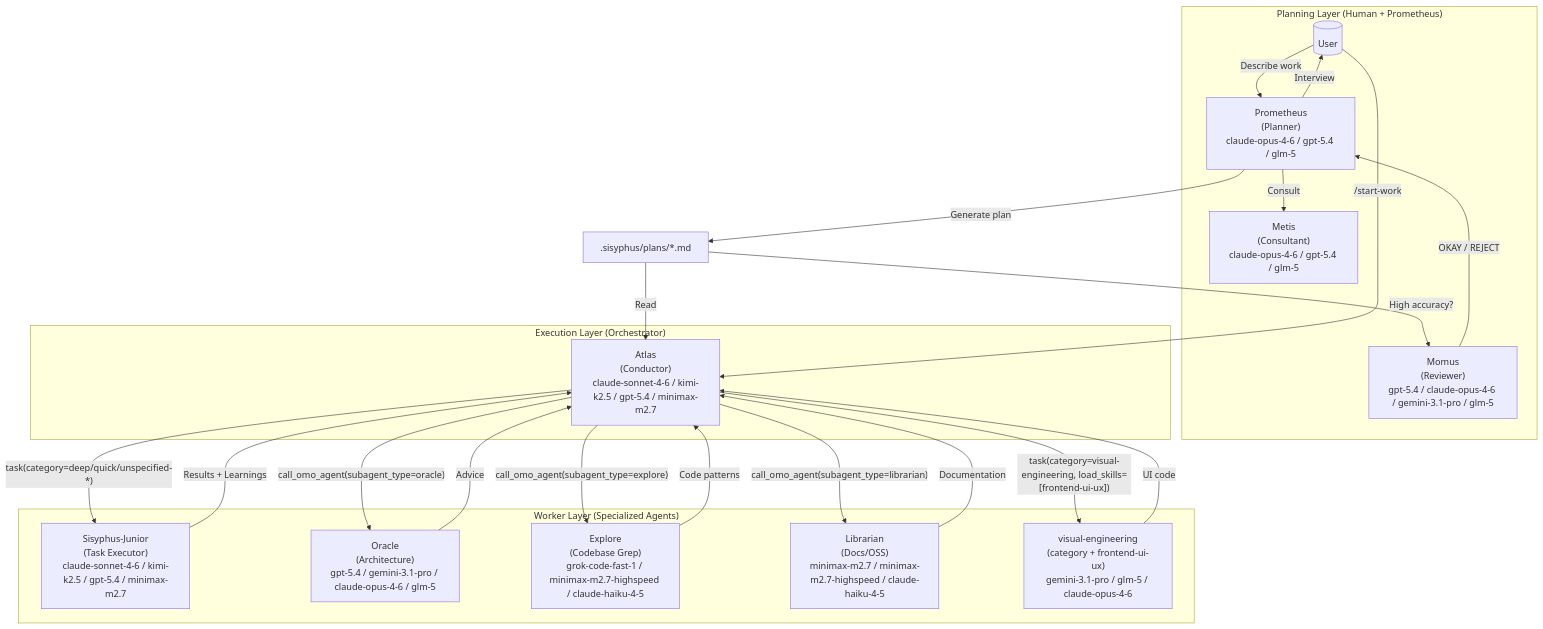
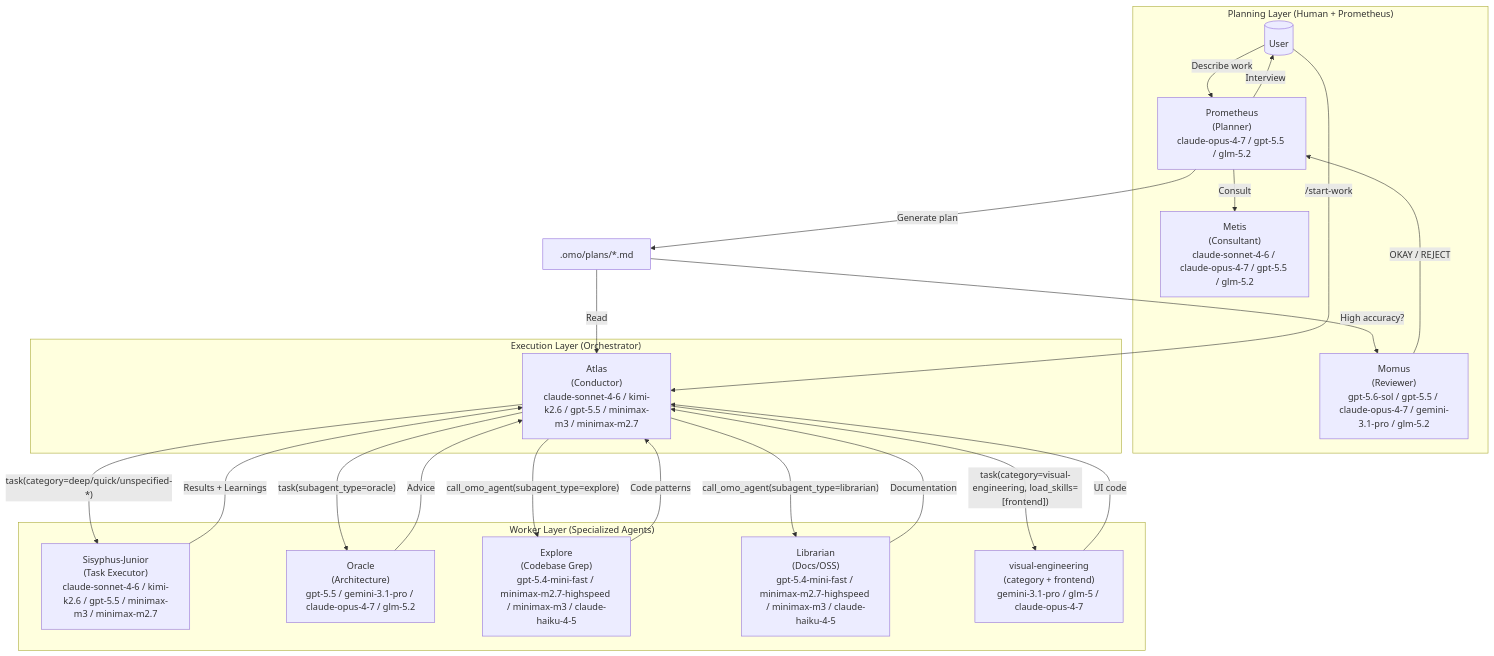
Before and after one commit to vakandi/EliaAgent: the first of 3 diagrams in setup/oh-my-openagent/docs/guide/orchestration.md, drawn with Mermaid. The commit also changed other lines of this file and 6285 other files, not shown here.

````diff
--- a/setup/oh-my-openagent/docs/guide/orchestration.md
+++ b/setup/oh-my-openagent/docs/guide/orchestration.md
@@ -34,43 +34,43 @@
 ```mermaid
 flowchart TB
     subgraph Planning["Planning Layer (Human + Prometheus)"]
         User[(" User")]
-        Prometheus[" Prometheus<br/>(Planner)<br/>claude-opus-4-6 / gpt-5.4 / glm-5"]
-        Metis[" Metis<br/>(Consultant)<br/>claude-opus-4-6 / gpt-5.4 / glm-5"]
-        Momus[" Momus<br/>(Reviewer)<br/>gpt-5.4 / claude-opus-4-6 / gemini-3.1-pro / glm-5"]
+        Prometheus[" Prometheus<br/>(Planner)<br/>claude-opus-4-7 / gpt-5.5 / glm-5.2"]
+        Metis[" Metis<br/>(Consultant)<br/>claude-sonnet-4-6 / claude-opus-4-7 / gpt-5.5 / glm-5.2"]
+        Momus[" Momus<br/>(Reviewer)<br/>gpt-5.6-sol / gpt-5.5 / claude-opus-4-7 / gemini-3.1-pro / glm-5.2"]
     end
 
     subgraph Execution["Execution Layer (Orchestrator)"]
-        Orchestrator[" Atlas<br/>(Conductor)<br/>claude-sonnet-4-6 / kimi-k2.5 / gpt-5.4 / minimax-m2.7"]
+        Orchestrator[" Atlas<br/>(Conductor)<br/>claude-sonnet-4-6 / kimi-k2.6 / gpt-5.5 / minimax-m3 / minimax-m2.7"]
     end
 
     subgraph Workers["Worker Layer (Specialized Agents)"]
-        Junior[" Sisyphus-Junior<br/>(Task Executor)<br/>claude-sonnet-4-6 / kimi-k2.5 / gpt-5.4 / minimax-m2.7"]
-        Oracle[" Oracle<br/>(Architecture)<br/>gpt-5.4 / gemini-3.1-pro / claude-opus-4-6 / glm-5"]
-        Explore[" Explore<br/>(Codebase Grep)<br/>grok-code-fast-1 / minimax-m2.7-highspeed / claude-haiku-4-5"]
-        Librarian[" Librarian<br/>(Docs/OSS)<br/>minimax-m2.7 / minimax-m2.7-highspeed / claude-haiku-4-5"]
-        Frontend[" visual-engineering<br/>(category + frontend-ui-ux)<br/>gemini-3.1-pro / glm-5 / claude-opus-4-6"]
+        Junior[" Sisyphus-Junior<br/>(Task Executor)<br/>claude-sonnet-4-6 / kimi-k2.6 / gpt-5.5 / minimax-m3 / minimax-m2.7"]
+        Oracle[" Oracle<br/>(Architecture)<br/>gpt-5.5 / gemini-3.1-pro / claude-opus-4-7 / glm-5.2"]
+        Explore[" Explore<br/>(Codebase Grep)<br/>gpt-5.4-mini-fast / minimax-m2.7-highspeed / minimax-m3 / claude-haiku-4-5"]
+        Librarian[" Librarian<br/>(Docs/OSS)<br/>gpt-5.4-mini-fast / minimax-m2.7-highspeed / minimax-m3 / claude-haiku-4-5"]
+        Frontend[" visual-engineering<br/>(category + frontend)<br/>gemini-3.1-pro / glm-5 / claude-opus-4-7"]
     end
 
     User -->|"Describe work"| Prometheus
     Prometheus -->|"Consult"| Metis
     Prometheus -->|"Interview"| User
-    Prometheus -->|"Generate plan"| Plan[".sisyphus/plans/*.md"]
+    Prometheus -->|"Generate plan"| Plan[".omo/plans/*.md"]
     Plan -->|"High accuracy?"| Momus
     Momus -->|"OKAY / REJECT"| Prometheus
 
     User -->|"/start-work"| Orchestrator
     Plan -->|"Read"| Orchestrator
 
     Orchestrator -->|"task(category=deep/quick/unspecified-*)"| Junior
-    Orchestrator -->|"call_omo_agent(subagent_type=oracle)"| Oracle
+    Orchestrator -->|"task(subagent_type=oracle)"| Oracle
     Orchestrator -->|"call_omo_agent(subagent_type=explore)"| Explore
     Orchestrator -->|"call_omo_agent(subagent_type=librarian)"| Librarian
-    Orchestrator -->|"task(category=visual-engineering, load_skills=[frontend-ui-ux])"| Frontend
+    Orchestrator -->|"task(category=visual-engineering, load_skills=[frontend])"| Frontend
 
     Junior -->|"Results + Learnings"| Orchestrator
     Oracle -->|"Advice"| Orchestrator
     Explore -->|"Code patterns"| Orchestrator
     Librarian -->|"Documentation"| Orchestrator
     Frontend -->|"UI code"| Orchestrator
 ```
````
